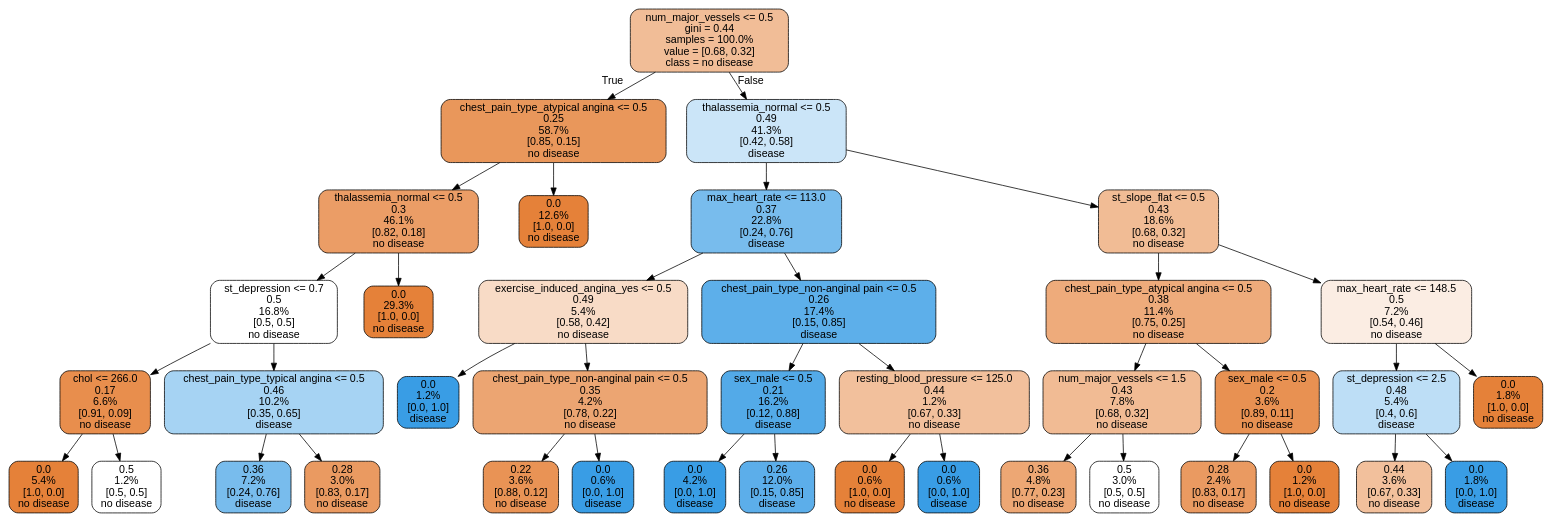
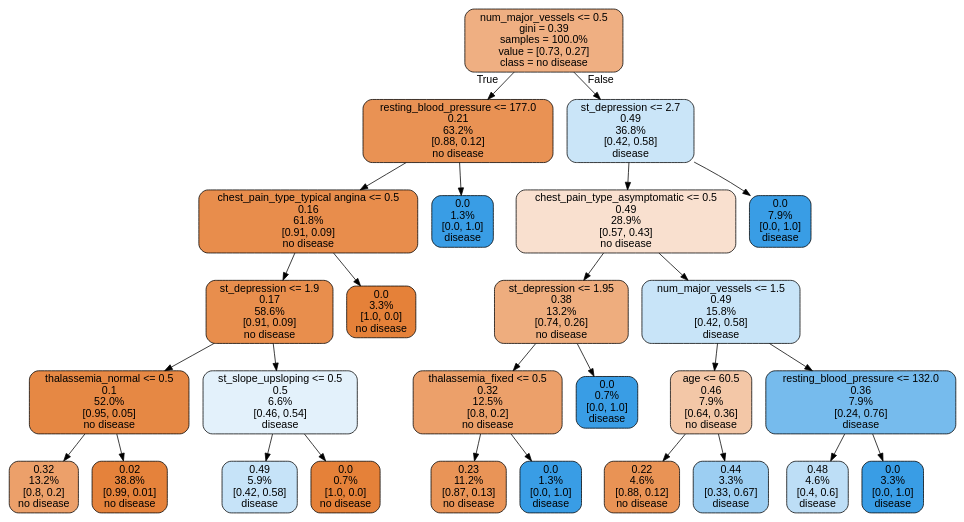
Before and after one commit to SarvaniK-26/VitalSense: the diagram in tree.dot, drawn with Graphviz. The commit also changed 2 other files, not shown here.

```diff
--- a/tree.dot
+++ b/tree.dot
@@ -1,81 +1,57 @@
 digraph Tree {
 node [shape=box, style="filled, rounded", color="black", fontname="helvetica"] ;
 edge [fontname="helvetica"] ;
-0 [label="num_major_vessels <= 0.5\ngini = 0.44\nsamples = 100.0%\nvalue = [0.68, 0.32]\nclass = no disease", fillcolor="#f1bd97"] ;
-1 [label="chest_pain_type_atypical angina <= 0.5\n0.25\n58.7%\n[0.85, 0.15]\nno disease", fillcolor="#e9975b"] ;
+0 [label="num_major_vessels <= 0.5\ngini = 0.39\nsamples = 100.0%\nvalue = [0.73, 0.27]\nclass = no disease", fillcolor="#efaf82"] ;
+1 [label="resting_blood_pressure <= 177.0\n0.21\n63.2%\n[0.88, 0.12]\nno disease", fillcolor="#e99254"] ;
 0 -> 1 [labeldistance=2.5, labelangle=45, headlabel="True"] ;
-2 [label="thalassemia_normal <= 0.5\n0.3\n46.1%\n[0.82, 0.18]\nno disease", fillcolor="#eb9d66"] ;
+2 [label="chest_pain_type_typical angina <= 0.5\n0.16\n61.8%\n[0.91, 0.09]\nno disease", fillcolor="#e88d4c"] ;
 1 -> 2 ;
-3 [label="st_depression <= 0.7\n0.5\n16.8%\n[0.5, 0.5]\nno disease", fillcolor="#ffffff"] ;
+3 [label="st_depression <= 1.9\n0.17\n58.6%\n[0.91, 0.09]\nno disease", fillcolor="#e88e4d"] ;
 2 -> 3 ;
-4 [label="chol <= 266.0\n0.17\n6.6%\n[0.91, 0.09]\nno disease", fillcolor="#e88e4d"] ;
+4 [label="thalassemia_normal <= 0.5\n0.1\n52.0%\n[0.95, 0.05]\nno disease", fillcolor="#e68844"] ;
 3 -> 4 ;
-5 [label="0.0\n5.4%\n[1.0, 0.0]\nno disease", fillcolor="#e58139"] ;
+5 [label="0.32\n13.2%\n[0.8, 0.2]\nno disease", fillcolor="#eca06a"] ;
 4 -> 5 ;
-6 [label="0.5\n1.2%\n[0.5, 0.5]\nno disease", fillcolor="#ffffff"] ;
+6 [label="0.02\n38.8%\n[0.99, 0.01]\nno disease", fillcolor="#e5823b"] ;
 4 -> 6 ;
-7 [label="chest_pain_type_typical angina <= 0.5\n0.46\n10.2%\n[0.35, 0.65]\ndisease", fillcolor="#a6d3f3"] ;
+7 [label="st_slope_upsloping <= 0.5\n0.5\n6.6%\n[0.46, 0.54]\ndisease", fillcolor="#e3f1fb"] ;
 3 -> 7 ;
-8 [label="0.36\n7.2%\n[0.24, 0.76]\ndisease", fillcolor="#78bced"] ;
+8 [label="0.49\n5.9%\n[0.42, 0.58]\ndisease", fillcolor="#c6e3f8"] ;
 7 -> 8 ;
-9 [label="0.28\n3.0%\n[0.83, 0.17]\nno disease", fillcolor="#ea9a61"] ;
+9 [label="0.0\n0.7%\n[1.0, 0.0]\nno disease", fillcolor="#e58139"] ;
 7 -> 9 ;
-10 [label="0.0\n29.3%\n[1.0, 0.0]\nno disease", fillcolor="#e58139"] ;
+10 [label="0.0\n3.3%\n[1.0, 0.0]\nno disease", fillcolor="#e58139"] ;
 2 -> 10 ;
-11 [label="0.0\n12.6%\n[1.0, 0.0]\nno disease", fillcolor="#e58139"] ;
+11 [label="0.0\n1.3%\n[0.0, 1.0]\ndisease", fillcolor="#399de5"] ;
 1 -> 11 ;
-12 [label="thalassemia_normal <= 0.5\n0.49\n41.3%\n[0.42, 0.58]\ndisease", fillcolor="#cbe5f8"] ;
+12 [label="st_depression <= 2.7\n0.49\n36.8%\n[0.42, 0.58]\ndisease", fillcolor="#cae5f8"] ;
 0 -> 12 [labeldistance=2.5, labelangle=-45, headlabel="False"] ;
-13 [label="max_heart_rate <= 113.0\n0.37\n22.8%\n[0.24, 0.76]\ndisease", fillcolor="#78bced"] ;
+13 [label="chest_pain_type_asymptomatic <= 0.5\n0.49\n28.9%\n[0.57, 0.43]\nno disease", fillcolor="#f9e0cf"] ;
 12 -> 13 ;
-14 [label="exercise_induced_angina_yes <= 0.5\n0.49\n5.4%\n[0.58, 0.42]\nno disease", fillcolor="#f8dbc6"] ;
+14 [label="st_depression <= 1.95\n0.38\n13.2%\n[0.74, 0.26]\nno disease", fillcolor="#eead7e"] ;
 13 -> 14 ;
-15 [label="0.0\n1.2%\n[0.0, 1.0]\ndisease", fillcolor="#399de5"] ;
+15 [label="thalassemia_fixed <= 0.5\n0.32\n12.5%\n[0.8, 0.2]\nno disease", fillcolor="#eca06a"] ;
 14 -> 15 ;
-16 [label="chest_pain_type_non-anginal pain <= 0.5\n0.35\n4.2%\n[0.78, 0.22]\nno disease", fillcolor="#eca572"] ;
-14 -> 16 ;
-17 [label="0.22\n3.6%\n[0.88, 0.12]\nno disease", fillcolor="#e99355"] ;
-16 -> 17 ;
-18 [label="0.0\n0.6%\n[0.0, 1.0]\ndisease", fillcolor="#399de5"] ;
-16 -> 18 ;
-19 [label="chest_pain_type_non-anginal pain <= 0.5\n0.26\n17.4%\n[0.15, 0.85]\ndisease", fillcolor="#5dafea"] ;
+16 [label="0.23\n11.2%\n[0.87, 0.13]\nno disease", fillcolor="#e99457"] ;
+15 -> 16 ;
+17 [label="0.0\n1.3%\n[0.0, 1.0]\ndisease", fillcolor="#399de5"] ;
+15 -> 17 ;
+18 [label="0.0\n0.7%\n[0.0, 1.0]\ndisease", fillcolor="#399de5"] ;
+14 -> 18 ;
+19 [label="num_major_vessels <= 1.5\n0.49\n15.8%\n[0.42, 0.58]\ndisease", fillcolor="#c8e4f8"] ;
 13 -> 19 ;
-20 [label="sex_male <= 0.5\n0.21\n16.2%\n[0.12, 0.88]\ndisease", fillcolor="#53aae8"] ;
+20 [label="age <= 60.5\n0.46\n7.9%\n[0.64, 0.36]\nno disease", fillcolor="#f3c7a7"] ;
 19 -> 20 ;
-21 [label="0.0\n4.2%\n[0.0, 1.0]\ndisease", fillcolor="#399de5"] ;
+21 [label="0.22\n4.6%\n[0.88, 0.12]\nno disease", fillcolor="#e99355"] ;
 20 -> 21 ;
-22 [label="0.26\n12.0%\n[0.15, 0.85]\ndisease", fillcolor="#5caeea"] ;
+22 [label="0.44\n3.3%\n[0.33, 0.67]\ndisease", fillcolor="#9ccef2"] ;
 20 -> 22 ;
-23 [label="resting_blood_pressure <= 125.0\n0.44\n1.2%\n[0.67, 0.33]\nno disease", fillcolor="#f2c09c"] ;
+23 [label="resting_blood_pressure <= 132.0\n0.36\n7.9%\n[0.24, 0.76]\ndisease", fillcolor="#76bbed"] ;
 19 -> 23 ;
-24 [label="0.0\n0.6%\n[1.0, 0.0]\nno disease", fillcolor="#e58139"] ;
+24 [label="0.48\n4.6%\n[0.4, 0.6]\ndisease", fillcolor="#bddef6"] ;
 23 -> 24 ;
-25 [label="0.0\n0.6%\n[0.0, 1.0]\ndisease", fillcolor="#399de5"] ;
+25 [label="0.0\n3.3%\n[0.0, 1.0]\ndisease", fillcolor="#399de5"] ;
 23 -> 25 ;
-26 [label="st_slope_flat <= 0.5\n0.43\n18.6%\n[0.68, 0.32]\nno disease", fillcolor="#f1bc95"] ;
+26 [label="0.0\n7.9%\n[0.0, 1.0]\ndisease", fillcolor="#399de5"] ;
 12 -> 26 ;
-27 [label="chest_pain_type_atypical angina <= 0.5\n0.38\n11.4%\n[0.75, 0.25]\nno disease", fillcolor="#eeab7b"] ;
-26 -> 27 ;
-28 [label="num_major_vessels <= 1.5\n0.43\n7.8%\n[0.68, 0.32]\nno disease", fillcolor="#f1bb94"] ;
-27 -> 28 ;
-29 [label="0.36\n4.8%\n[0.77, 0.23]\nno disease", fillcolor="#eda774"] ;
-28 -> 29 ;
-30 [label="0.5\n3.0%\n[0.5, 0.5]\nno disease", fillcolor="#ffffff"] ;
-28 -> 30 ;
-31 [label="sex_male <= 0.5\n0.2\n3.6%\n[0.89, 0.11]\nno disease", fillcolor="#e89152"] ;
-27 -> 31 ;
-32 [label="0.28\n2.4%\n[0.83, 0.17]\nno disease", fillcolor="#ea9a61"] ;
-31 -> 32 ;
-33 [label="0.0\n1.2%\n[1.0, 0.0]\nno disease", fillcolor="#e58139"] ;
-31 -> 33 ;
-34 [label="max_heart_rate <= 148.5\n0.5\n7.2%\n[0.54, 0.46]\nno disease", fillcolor="#fbede3"] ;
-26 -> 34 ;
-35 [label="st_depression <= 2.5\n0.48\n5.4%\n[0.4, 0.6]\ndisease", fillcolor="#bddef6"] ;
-34 -> 35 ;
-36 [label="0.44\n3.6%\n[0.67, 0.33]\nno disease", fillcolor="#f2c09c"] ;
-35 -> 36 ;
-37 [label="0.0\n1.8%\n[0.0, 1.0]\ndisease", fillcolor="#399de5"] ;
-35 -> 37 ;
-38 [label="0.0\n1.8%\n[1.0, 0.0]\nno disease", fillcolor="#e58139"] ;
-34 -> 38 ;
 }
```
